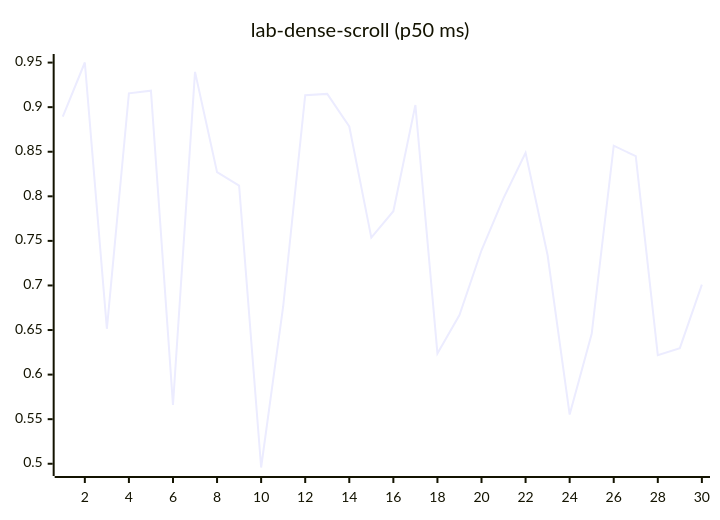
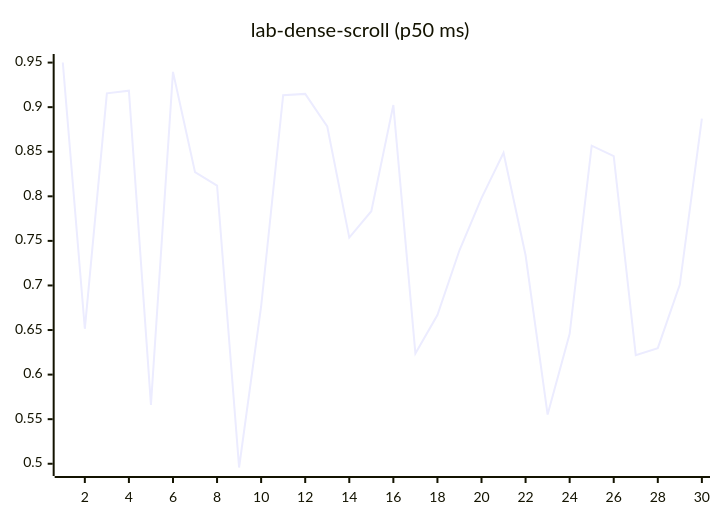
Before and after one commit to josha/Facet: diagram 12 of 27 in README.md, drawn with Mermaid. The commit also changed other lines of this file and 2 other files, not shown here.

````diff
--- a/README.md
+++ b/README.md
@@ -140,6 +140,6 @@
 ```mermaid
 xychart-beta
     title "lab-dense-scroll (p50 ms)"
     x-axis 1 --> 30
-    line [0.8894, 0.9501, 0.6514, 0.9155, 0.9185, 0.5661, 0.9396, 0.8271, 0.8121, 0.4958, 0.6764, 0.9135, 0.9149, 0.8783, 0.7537, 0.7833, 0.9024, 0.6238, 0.6669, 0.7395, 0.7979, 0.8489, 0.7339, 0.5552, 0.6458, 0.8568, 0.8450, 0.6219, 0.6297, 0.7010]
+    line [0.9501, 0.6514, 0.9155, 0.9185, 0.5661, 0.9396, 0.8271, 0.8121, 0.4958, 0.6764, 0.9135, 0.9149, 0.8783, 0.7537, 0.7833, 0.9024, 0.6238, 0.6669, 0.7395, 0.7979, 0.8489, 0.7339, 0.5552, 0.6458, 0.8568, 0.8450, 0.6219, 0.6297, 0.7010, 0.8871]
 ```
````
